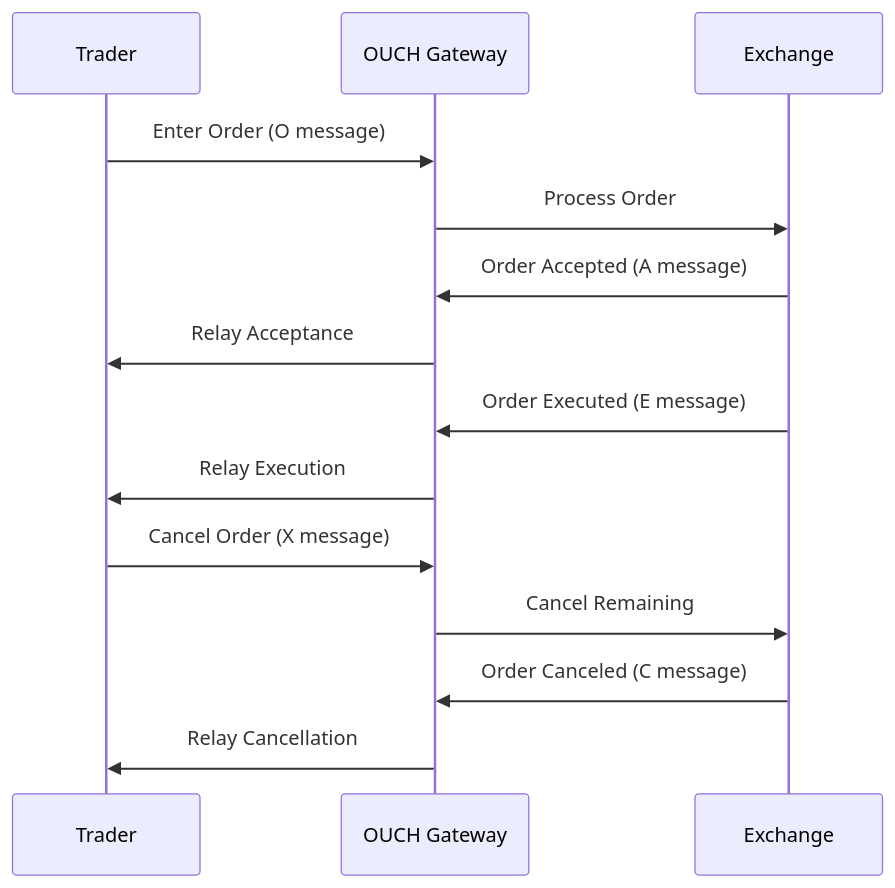
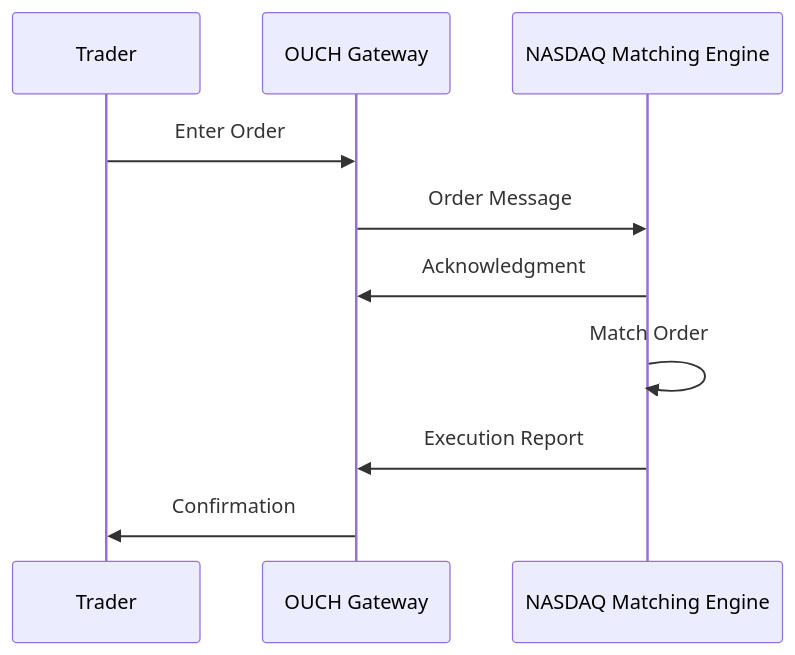
One commit to VrushankPatel/interview-matters changed the diagram in trading/protocols/ouch-protocol/README.md. Above: the diagram before and after it, drawn with Mermaid. The commit also changed other lines of this file and 15 other files, not shown here.

````diff
--- a/trading/protocols/ouch-protocol/README.md
+++ b/trading/protocols/ouch-protocol/README.md
@@ -93,17 +124,13 @@
 ```mermaid
 sequenceDiagram
     participant Trader
     participant OUCH Gateway
-    participant Exchange
+    participant NASDAQ Matching Engine
 
-    Trader->>OUCH Gateway: Enter Order (O message)
-    OUCH Gateway->>Exchange: Process Order
-    Exchange->>OUCH Gateway: Order Accepted (A message)
-    OUCH Gateway->>Trader: Relay Acceptance
-    Exchange->>OUCH Gateway: Order Executed (E message)
-    OUCH Gateway->>Trader: Relay Execution
-    Trader->>OUCH Gateway: Cancel Order (X message)
-    OUCH Gateway->>Exchange: Cancel Remaining
-    Exchange->>OUCH Gateway: Order Canceled (C message)
-    OUCH Gateway->>Trader: Relay Cancellation
+    Trader->>OUCH Gateway: Enter Order
+    OUCH Gateway->>NASDAQ Matching Engine: Order Message
+    NASDAQ Matching Engine->>OUCH Gateway: Acknowledgment
+    NASDAQ Matching Engine->>NASDAQ Matching Engine: Match Order
+    NASDAQ Matching Engine->>OUCH Gateway: Execution Report
+    OUCH Gateway->>Trader: Confirmation
 ```
````
